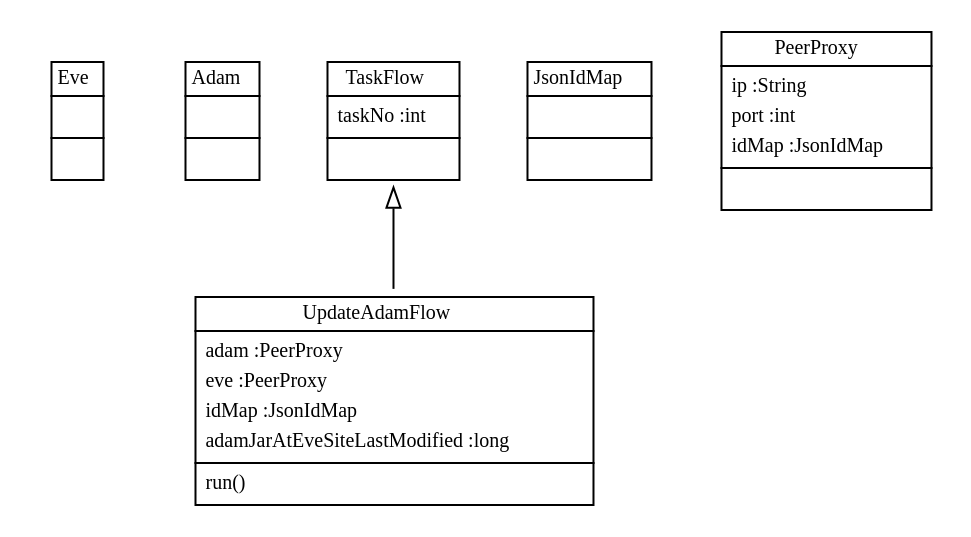
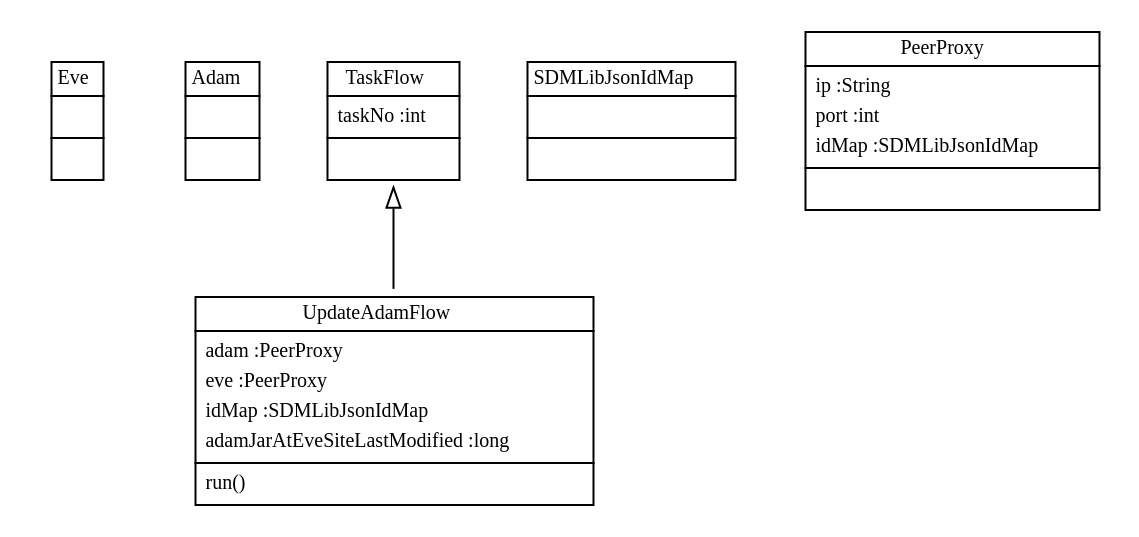
The diagram in doc/AdamAndEveModel.dot (fujaba/SDMLib), drawn with Graphviz before and after one commit. The commit also changed 27 other files, not shown here.

```diff
--- a/doc/AdamAndEveModel.dot
+++ b/doc/AdamAndEveModel.dot
@@ -1,17 +1,17 @@
 
  digraph ClassDiagram {
     node [shape = none, fontsize = 10]; 
     edge [fontsize = 10];
     
     
     _Eve [label=<<table border='0' cellborder='1' cellspacing='0'> <tr> <td>Eve</td> </tr> <tr><td><table border='0' cellborder='0' cellspacing='0'> <tr><td> </td></tr> </table></td></tr> <tr><td><table border='0' cellborder='0' cellspacing='0'> <tr><td> </td></tr> </table></td></tr> </table>>];
     _Adam [label=<<table border='0' cellborder='1' cellspacing='0'> <tr> <td>Adam</td> </tr> <tr><td><table border='0' cellborder='0' cellspacing='0'> <tr><td> </td></tr> </table></td></tr> <tr><td><table border='0' cellborder='0' cellspacing='0'> <tr><td> </td></tr> </table></td></tr> </table>>];
     _TaskFlow [label=<<table border='0' cellborder='1' cellspacing='0'> <tr> <td>TaskFlow</td> </tr> <tr><td><table border='0' cellborder='0' cellspacing='0'> <tr><td align='left'>taskNo :int</td></tr>  </table></td></tr> <tr><td><table border='0' cellborder='0' cellspacing='0'> <tr><td> </td></tr> </table></td></tr> </table>>];
-    _JsonIdMap [label=<<table border='0' cellborder='1' cellspacing='0'> <tr> <td>JsonIdMap</td> </tr> <tr><td><table border='0' cellborder='0' cellspacing='0'> <tr><td> </td></tr> </table></td></tr> <tr><td><table border='0' cellborder='0' cellspacing='0'> <tr><td> </td></tr> </table></td></tr> </table>>];
-    _PeerProxy [label=<<table border='0' cellborder='1' cellspacing='0'> <tr> <td>PeerProxy</td> </tr> <tr><td><table border='0' cellborder='0' cellspacing='0'> <tr><td align='left'>ip :String</td></tr> <tr><td align='left'>port :int</td></tr> <tr><td align='left'>idMap :JsonIdMap</td></tr>  </table></td></tr> <tr><td><table border='0' cellborder='0' cellspacing='0'> <tr><td> </td></tr> </table></td></tr> </table>>];
-    _UpdateAdamFlow [label=<<table border='0' cellborder='1' cellspacing='0'> <tr> <td>UpdateAdamFlow</td> </tr> <tr><td><table border='0' cellborder='0' cellspacing='0'> <tr><td align='left'>adam :PeerProxy</td></tr> <tr><td align='left'>eve :PeerProxy</td></tr> <tr><td align='left'>idMap :JsonIdMap</td></tr> <tr><td align='left'>adamJarAtEveSiteLastModified :long</td></tr>  </table></td></tr> <tr><td><table border='0' cellborder='0' cellspacing='0'> <tr><td align='left'>run()</td></tr>  </table></td></tr> </table>>];
+    _SDMLibJsonIdMap [label=<<table border='0' cellborder='1' cellspacing='0'> <tr> <td>SDMLibJsonIdMap</td> </tr> <tr><td><table border='0' cellborder='0' cellspacing='0'> <tr><td> </td></tr> </table></td></tr> <tr><td><table border='0' cellborder='0' cellspacing='0'> <tr><td> </td></tr> </table></td></tr> </table>>];
+    _PeerProxy [label=<<table border='0' cellborder='1' cellspacing='0'> <tr> <td>PeerProxy</td> </tr> <tr><td><table border='0' cellborder='0' cellspacing='0'> <tr><td align='left'>ip :String</td></tr> <tr><td align='left'>port :int</td></tr> <tr><td align='left'>idMap :SDMLibJsonIdMap</td></tr>  </table></td></tr> <tr><td><table border='0' cellborder='0' cellspacing='0'> <tr><td> </td></tr> </table></td></tr> </table>>];
+    _UpdateAdamFlow [label=<<table border='0' cellborder='1' cellspacing='0'> <tr> <td>UpdateAdamFlow</td> </tr> <tr><td><table border='0' cellborder='0' cellspacing='0'> <tr><td align='left'>adam :PeerProxy</td></tr> <tr><td align='left'>eve :PeerProxy</td></tr> <tr><td align='left'>idMap :SDMLibJsonIdMap</td></tr> <tr><td align='left'>adamJarAtEveSiteLastModified :long</td></tr>  </table></td></tr> <tr><td><table border='0' cellborder='0' cellspacing='0'> <tr><td align='left'>run()</td></tr>  </table></td></tr> </table>>];
     
     
     
     _TaskFlow ->  _UpdateAdamFlow [dir = "back" arrowtail = "empty"];
 }
```
